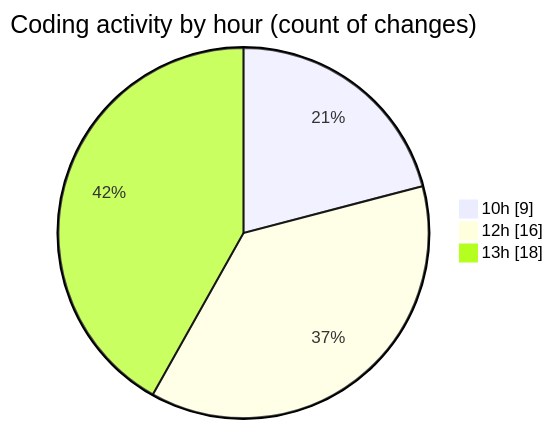
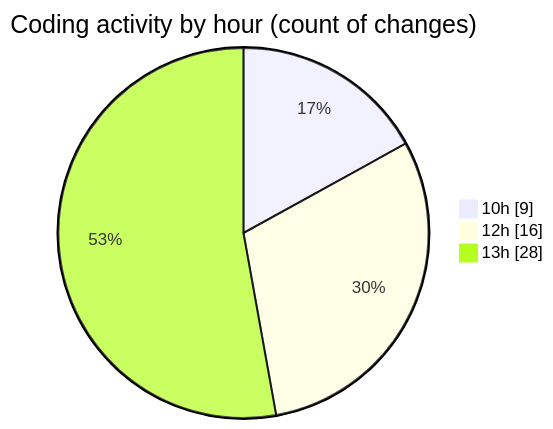
One commit to momahboobian/code-tracking changed the second of 2 diagrams in 2025-10-28/cda/README.md. Above: the diagram before and after it, drawn with Mermaid. The commit also changed other lines of this file and 1 other file, not shown here.

````diff
--- a/2025-10-28/cda/README.md
+++ b/2025-10-28/cda/README.md
@@ -49,7 +50,7 @@
 ```mermaid
 pie showData
 title Coding activity by hour (count of changes)
 "10h" : 9
 "12h" : 16
-"13h" : 18
+"13h" : 28
 ```
````
